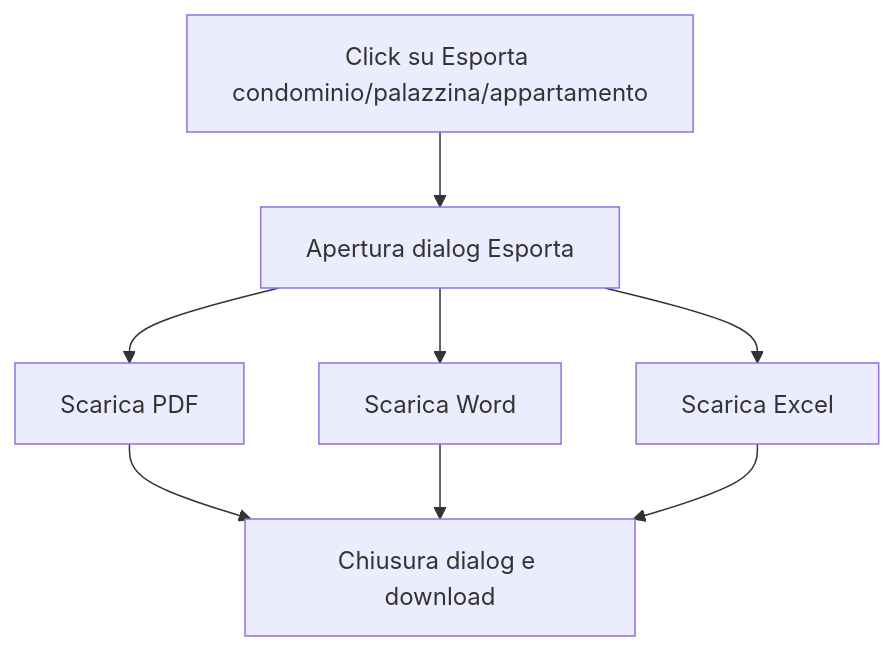
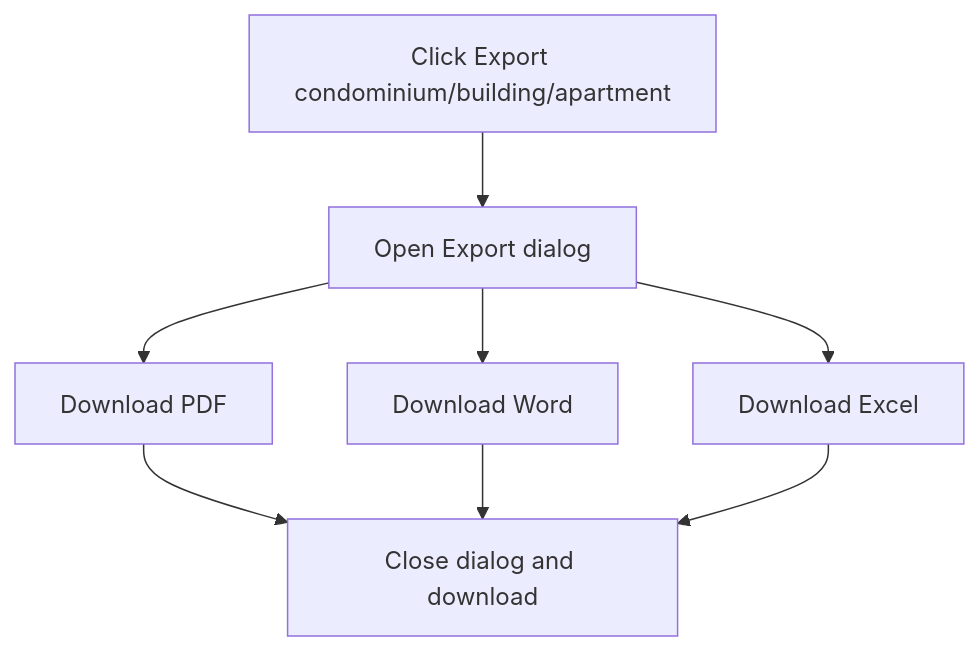
The third of 3 diagrams in README.md (matteogiorgi/amele), drawn with Mermaid before and after one commit. The commit also changed other lines of this file and 8 other files, not shown here.

````diff
--- a/README.md
+++ b/README.md
@@ -222,10 +225,10 @@
 ```mermaid
 flowchart TD
-    A[Click su Esporta condominio/palazzina/appartamento] --> B[Apertura dialog Esporta]
-    B --> C[Scarica PDF]
-    B --> D[Scarica Word]
-    B --> E[Scarica Excel]
-    C --> F[Chiusura dialog e download]
+    A[Click Export condominium/building/apartment] --> B[Open Export dialog]
+    B --> C[Download PDF]
+    B --> D[Download Word]
+    B --> E[Download Excel]
+    C --> F[Close dialog and download]
     D --> F
     E --> F
 ```
````
